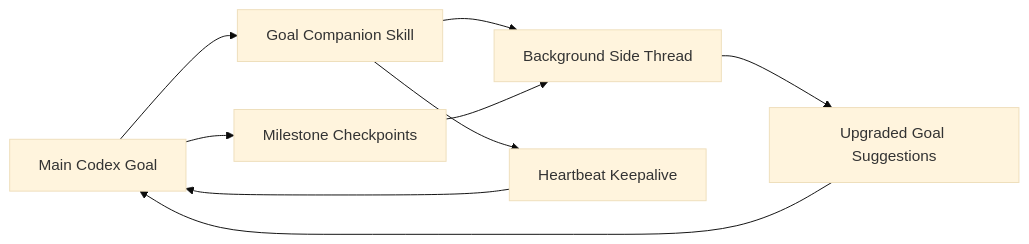
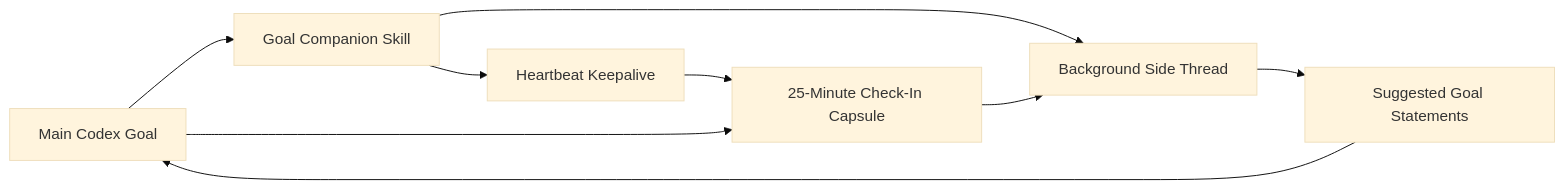
Before and after one commit to bhupendrafire-ai/goal-companion-skill: the diagram in README.md, drawn with Mermaid (base theme). The commit also changed other lines of this file, not shown here.

Commit message:
Document 25-minute check-in capsules

````diff
--- a/README.md
+++ b/README.md
@@ -99,11 +128,11 @@
 ```mermaid
 flowchart LR
     A[Main Codex Goal] --> B[Goal Companion Skill]
     B --> C[Background Side Thread]
-    A --> D[Milestone Checkpoints]
+    A --> D[25-Minute Check-In Capsule]
     D --> C
-    C --> E[Upgraded Goal Suggestions]
+    C --> E[Suggested Goal Statements]
     E --> A
     B --> F[Heartbeat Keepalive]
-    F --> A
+    F --> D
 ```
````
